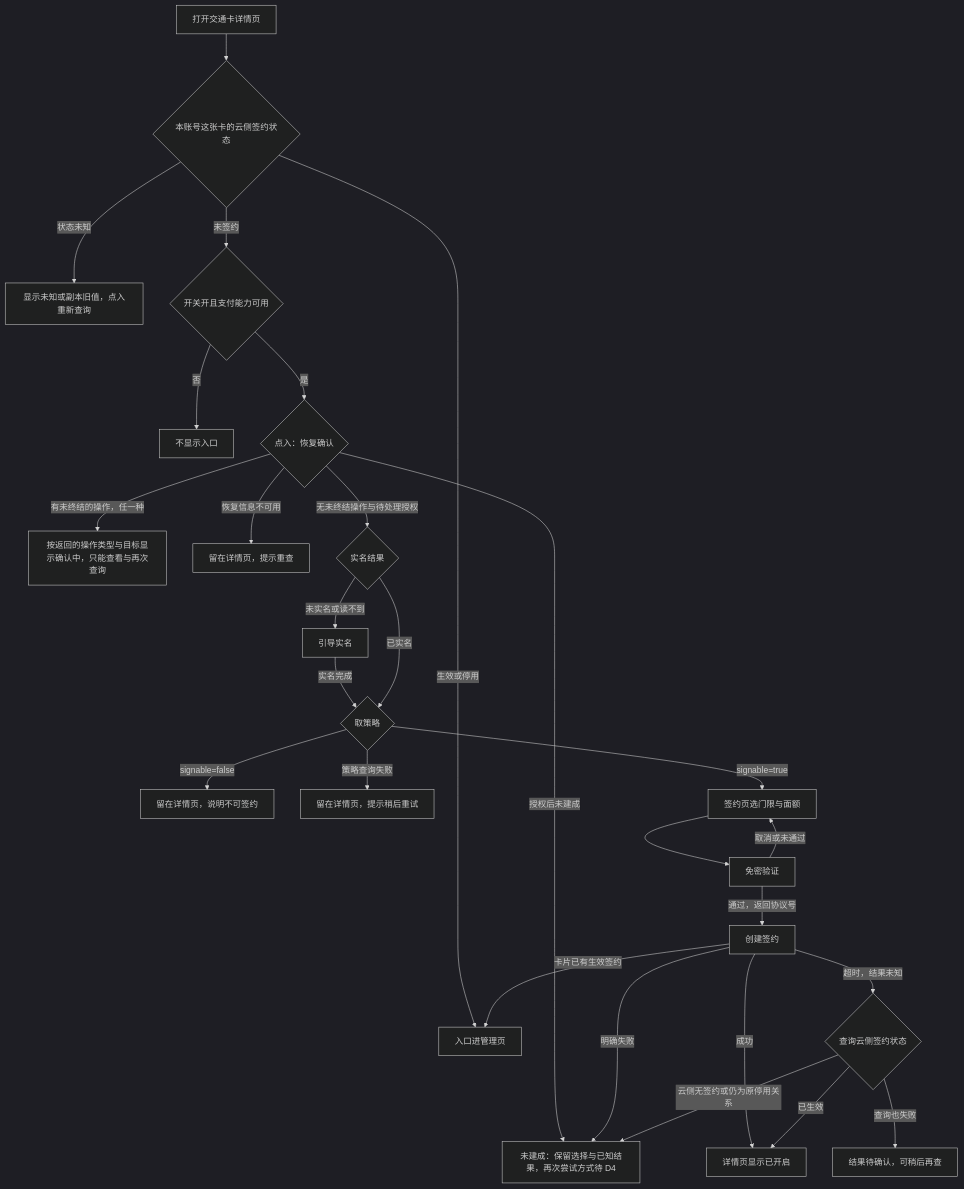
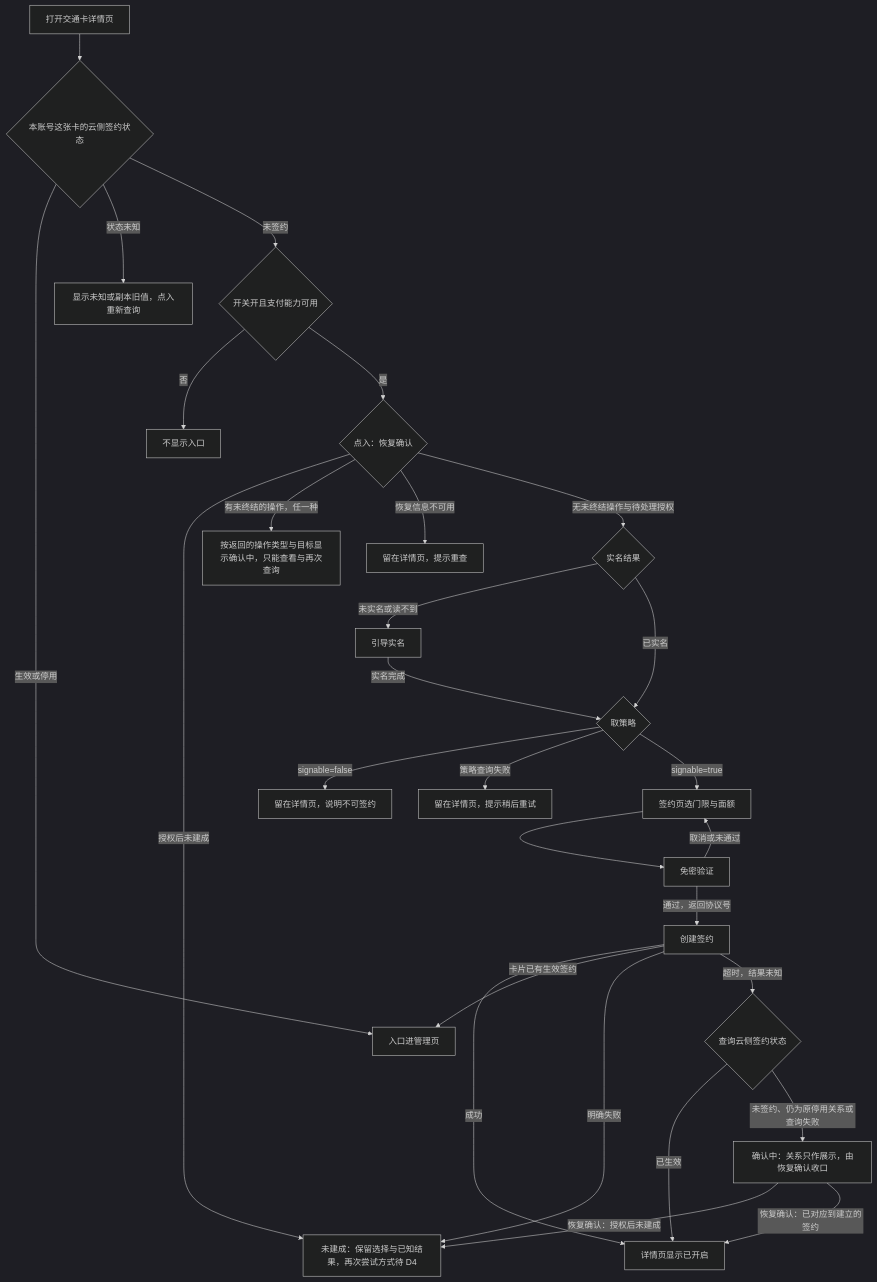
One commit to sqsqsq/SimulatedWalletForHmos changed the first of 3 diagrams in doc/plan/1.9.9/金样候选/auto-topup/spec/spec.md. Above: the diagram before and after it, drawn with Mermaid (dark theme). The commit also changed other lines of this file and 18 other files, not shown here.

````diff
--- a/doc/plan/1.9.9/金样候选/auto-topup/spec/spec.md
+++ b/doc/plan/1.9.9/金样候选/auto-topup/spec/spec.md
@@ -229,29 +229,30 @@
 ```mermaid
 flowchart TD
   A[打开交通卡详情页] --> S{本账号这张卡的云侧签约状态}
   S -->|生效或停用| MG[入口进管理页]
   S -->|状态未知| UN[显示未知或副本旧值，点入重新查询]
   S -->|未签约| G{开关开且支付能力可用}
   G -->|否| H[不显示入口]
   G -->|是| RC{点入：恢复确认}
   RC -->|授权后未建成| F
   RC -->|有未终结的操作，任一种| RP[按返回的操作类型与目标显示确认中，只能查看与再次查询]
   RC -->|恢复信息不可用| RF[留在详情页，提示重查]
   RC -->|无未终结操作与待处理授权| R{实名结果}
   R -->|未实名或读不到| RN[引导实名]
   RN -->|实名完成| P
   R -->|已实名| P{取策略}
   P -->|signable=false| NS[留在详情页，说明不可签约]
   P -->|策略查询失败| PF[留在详情页，提示稍后重试]
   P -->|signable=true| B[签约页选门限与面额]
   B --> C[免密验证]
   C -->|取消或未通过| B
   C -->|通过，返回协议号| D[创建签约]
   D -->|成功| E[详情页显示已开启]
   D -->|卡片已有生效签约| MG
   D -->|明确失败| F[未建成：保留选择与已知结果，再次尝试方式待 D4]
   D -->|超时，结果未知| Q{查询云侧签约状态}
   Q -->|已生效| E
-  Q -->|云侧无签约或仍为原停用关系| F
-  Q -->|查询也失败| U[结果待确认，可稍后再查]
+  Q -->|未签约、仍为原停用关系或查询失败| U[确认中：关系只作展示，由恢复确认收口]
+  U -->|恢复确认：授权后未建成| F
+  U -->|恢复确认：已对应到建立的签约| E
 ```
````
